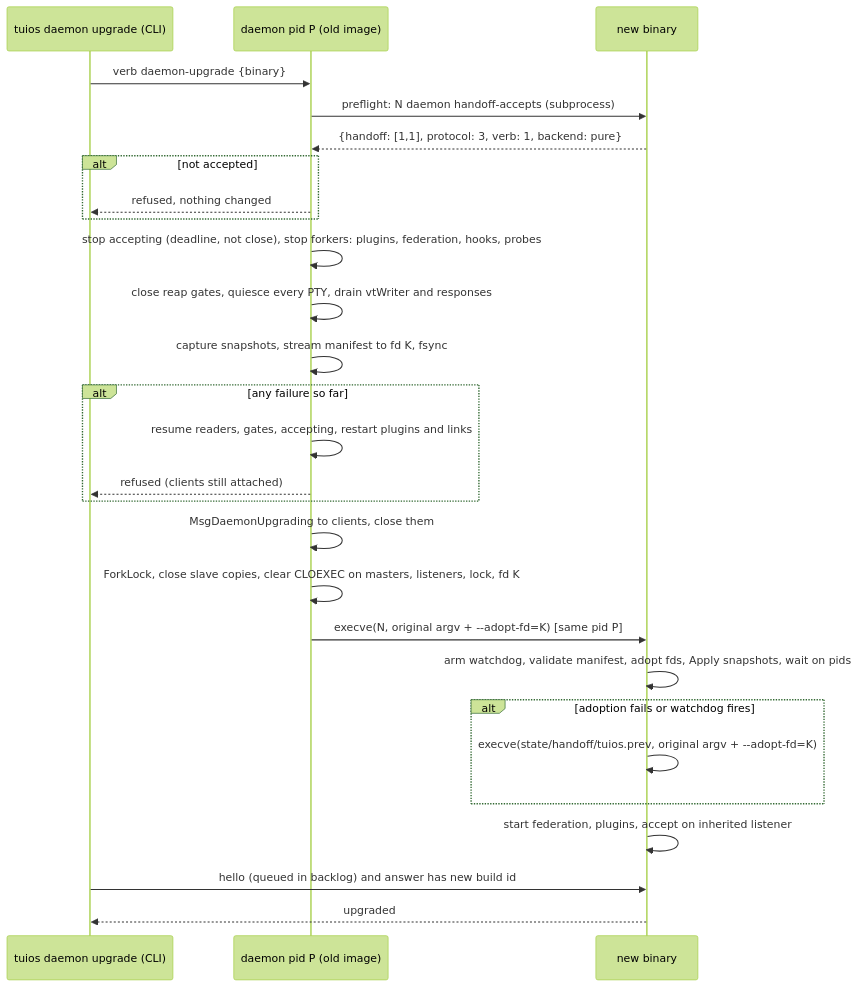
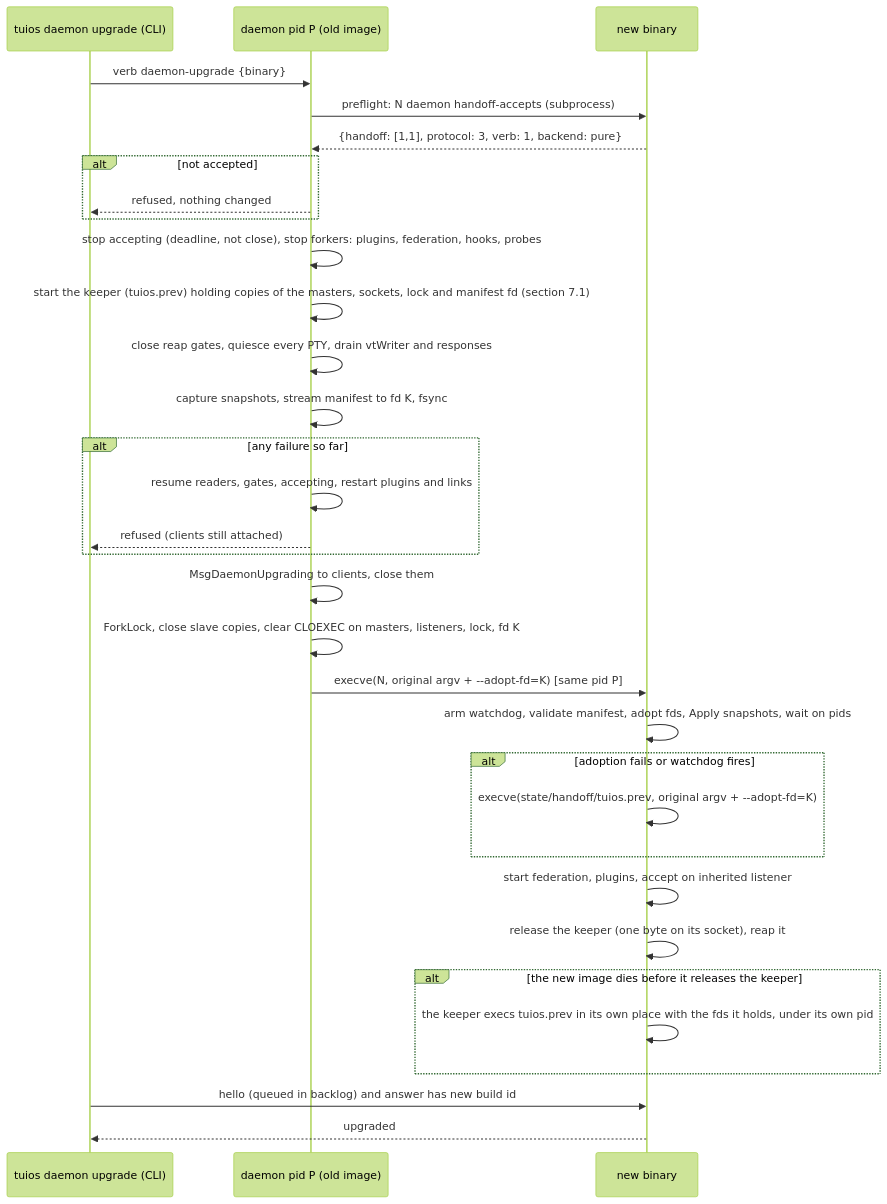
The diagram in docs/design/live-handoff.md (Gaurav-Gosain/tuios), drawn with Mermaid (forest theme) before and after one commit. The commit also changed other lines of this file and 5 other files, not shown here.

First line of the commit message:
docs: the live upgrade's keeper, its failure modes, and what a recovery loses

````diff
--- a/docs/design/live-handoff.md
+++ b/docs/design/live-handoff.md
@@ -316,29 +316,34 @@
 ```mermaid
 sequenceDiagram
     participant U as tuios daemon upgrade (CLI)
     participant D as daemon pid P (old image)
     participant N as new binary
     U->>D: verb daemon-upgrade {binary}
     D->>N: preflight: N daemon handoff-accepts (subprocess)
     N-->>D: {handoff: [1,1], protocol: 3, verb: 1, backend: pure}
     alt not accepted
         D-->>U: refused, nothing changed
     end
     D->>D: stop accepting (deadline, not close), stop forkers: plugins, federation, hooks, probes
+    D->>D: start the keeper (tuios.prev) holding copies of the masters, sockets, lock and manifest fd (section 7.1)
     D->>D: close reap gates, quiesce every PTY, drain vtWriter and responses
     D->>D: capture snapshots, stream manifest to fd K, fsync
     alt any failure so far
         D->>D: resume readers, gates, accepting, restart plugins and links
         D-->>U: refused (clients still attached)
     end
     D->>D: MsgDaemonUpgrading to clients, close them
     D->>D: ForkLock, close slave copies, clear CLOEXEC on masters, listeners, lock, fd K
     D->>N: execve(N, original argv + --adopt-fd=K)  [same pid P]
     N->>N: arm watchdog, validate manifest, adopt fds, Apply snapshots, wait on pids
     alt adoption fails or watchdog fires
         N->>N: execve(state/handoff/tuios.prev, original argv + --adopt-fd=K)
     end
     N->>N: start federation, plugins, accept on inherited listener
+    N->>N: release the keeper (one byte on its socket), reap it
+    alt the new image dies before it releases the keeper
+        N->>N: the keeper execs tuios.prev in its own place with the fds it holds, under its own pid
+    end
     U->>N: hello (queued in backlog) and answer has new build id
     N-->>U: upgraded
 ```
````
